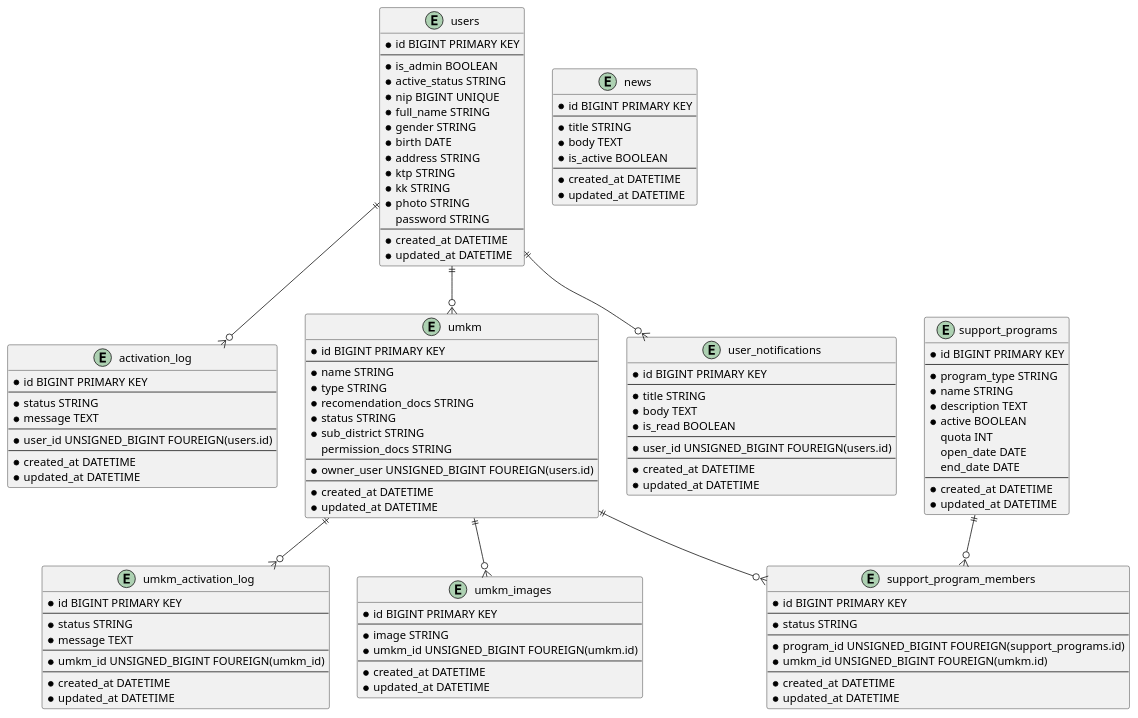
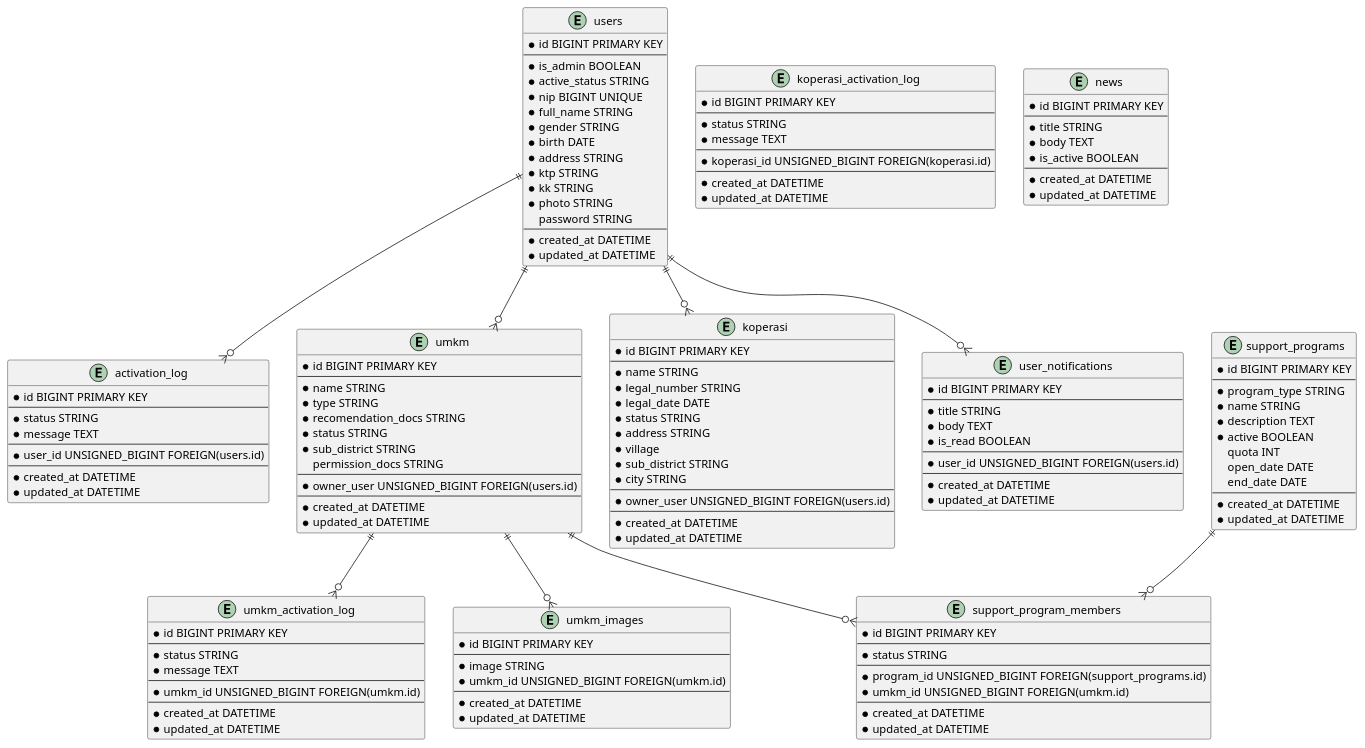
Before and after one commit to vithiaz/umkm_registration: the diagram in diagrams/db_design.puml, drawn with PlantUML. The commit also changed 33 other files, not shown here.

Commit message:
seperate koperasi and umkm

```diff
--- a/diagrams/db_design.puml
+++ b/diagrams/db_design.puml
@@ -1,151 +1,190 @@
 @startuml
 
 entity users {
     * id BIGINT PRIMARY KEY
     --
     * is_admin BOOLEAN
     * active_status STRING
     ' active
     ' pending
     * nip BIGINT UNIQUE
     * full_name STRING
     * gender STRING
     * birth DATE
     * address STRING
     * ktp STRING
     * kk STRING
     * photo STRING
     password STRING
     --
     * created_at DATETIME
     * updated_at DATETIME
 }
 
 entity activation_log {
     * id BIGINT PRIMARY KEY
     --
     * status STRING
     ' acc
     ' rejected
     ' revoked
     * message TEXT
     --
-    * user_id UNSIGNED_BIGINT FOUREIGN(users.id)
+    * user_id UNSIGNED_BIGINT FOREIGN(users.id)
     --
     * created_at DATETIME
     * updated_at DATETIME
 }
 
 entity umkm {
     * id BIGINT PRIMARY KEY
     --
     * name STRING
     * type STRING
     ' koperasi
     ' umkm
     * recomendation_docs STRING
     * status STRING
     ' verified
     ' pending
     ' rejected
     * sub_district STRING
     permission_docs STRING
     --
-    * owner_user UNSIGNED_BIGINT FOUREIGN(users.id)
+    * owner_user UNSIGNED_BIGINT FOREIGN(users.id)
     --
     * created_at DATETIME
     * updated_at DATETIME
 }
 
 entity umkm_activation_log {
     * id BIGINT PRIMARY KEY
     --
     * status STRING
     ' acc
     ' rejected
     ' revoked
     * message TEXT
     --
-    * umkm_id UNSIGNED_BIGINT FOUREIGN(umkm_id)
+    * umkm_id UNSIGNED_BIGINT FOREIGN(umkm.id)
+    --
+    * created_at DATETIME
+    * updated_at DATETIME
+}
+
+entity koperasi {
+    * id BIGINT PRIMARY KEY
+    --
+    * name STRING
+    * legal_number STRING 
+    ' nomor badan hukum
+    * legal_date DATE
+    * status STRING
+    ' verified
+    ' pending
+    ' rejected
+    * address STRING
+    * village
+    ' kelurahan
+    * sub_district STRING
+    * city STRING
+    --
+    * owner_user UNSIGNED_BIGINT FOREIGN(users.id)
+    --
+    * created_at DATETIME
+    * updated_at DATETIME
+}
+
+entity koperasi_activation_log {
+    * id BIGINT PRIMARY KEY
+    --
+    * status STRING
+    ' acc
+    ' rejected
+    ' revoked
+    * message TEXT
+    --
+    * koperasi_id UNSIGNED_BIGINT FOREIGN(koperasi.id)
     --
     * created_at DATETIME
     * updated_at DATETIME
 }
 
 entity umkm_images{
     * id BIGINT PRIMARY KEY
     --
     * image STRING
-    * umkm_id UNSIGNED_BIGINT FOUREIGN(umkm.id)
+    * umkm_id UNSIGNED_BIGINT FOREIGN(umkm.id)
     --
     * created_at DATETIME
     * updated_at DATETIME
 }
 
 entity support_programs {
     * id BIGINT PRIMARY KEY
     --
     * program_type STRING
     * name STRING
     * description TEXT
     * active BOOLEAN
     quota INT
     open_date DATE
     end_date DATE
     --
     * created_at DATETIME
     * updated_at DATETIME
 }
 
 entity support_program_members {
     * id BIGINT PRIMARY KEY
     --
     * status STRING
     ' pending
     ' verified
     --
-    * program_id UNSIGNED_BIGINT FOUREIGN(support_programs.id)
-    * umkm_id UNSIGNED_BIGINT FOUREIGN(umkm.id)
+    * program_id UNSIGNED_BIGINT FOREIGN(support_programs.id)
+    * umkm_id UNSIGNED_BIGINT FOREIGN(umkm.id)
     --
     * created_at DATETIME
     * updated_at DATETIME
 }
 
 entity user_notifications {
     * id BIGINT PRIMARY KEY
     --
     * title STRING
     * body TEXT
     * is_read BOOLEAN
     --
-    * user_id UNSIGNED_BIGINT FOUREIGN(users.id)
+    * user_id UNSIGNED_BIGINT FOREIGN(users.id)
     --
     * created_at DATETIME
     * updated_at DATETIME
 }
 
 entity news {
     * id BIGINT PRIMARY KEY
     --
     * title STRING
     * body TEXT
     * is_active BOOLEAN
     --
     * created_at DATETIME
     * updated_at DATETIME
 }
 
 
 
 
 users ||--o{ user_notifications
 users ||--o{ umkm
+users ||--o{ koperasi
 users ||--o{ activation_log
 
 support_programs ||--o{ support_program_members
 umkm ||--o{ support_program_members
 
 umkm ||--o{ umkm_images
 umkm ||--o{ umkm_activation_log
 
 @enduml
```
